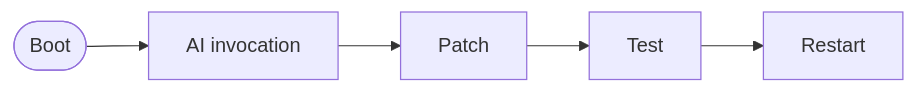
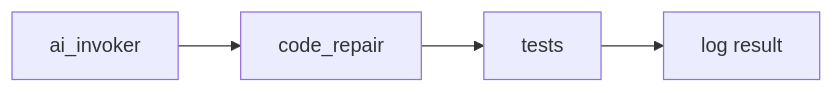
Before and after one commit to DINGIRABZU/ABZU: the diagram in docs/assets/ai_handover_flow.mmd, drawn with Mermaid. The commit also changed 5 other files, not shown here.

Commit message:
docs: detail handover patch flow

```diff
--- a/docs/assets/ai_handover_flow.mmd
+++ b/docs/assets/ai_handover_flow.mmd
@@ -1,2 +1,4 @@
 flowchart LR
-    boot([Boot]) --> ai[AI invocation] --> patch[Patch] --> test[Test] --> restart[Restart]
+    I[ai_invoker] --> R[code_repair]
+    R --> T[tests]
+    T --> L[log result]
```
